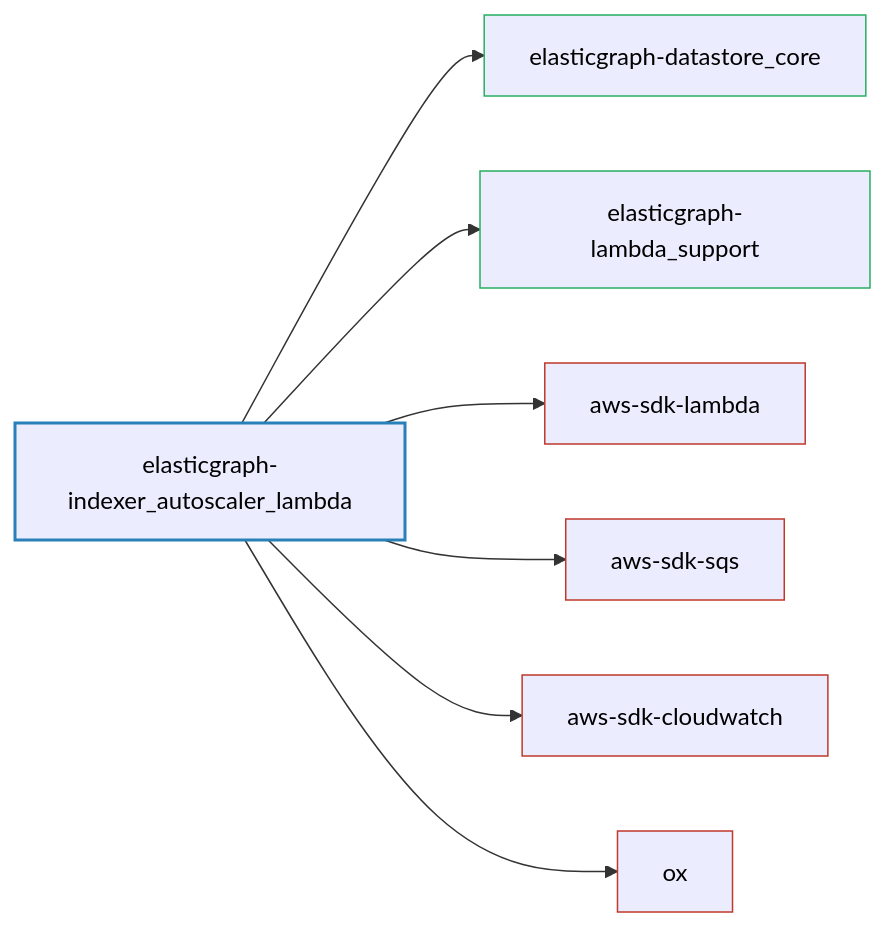
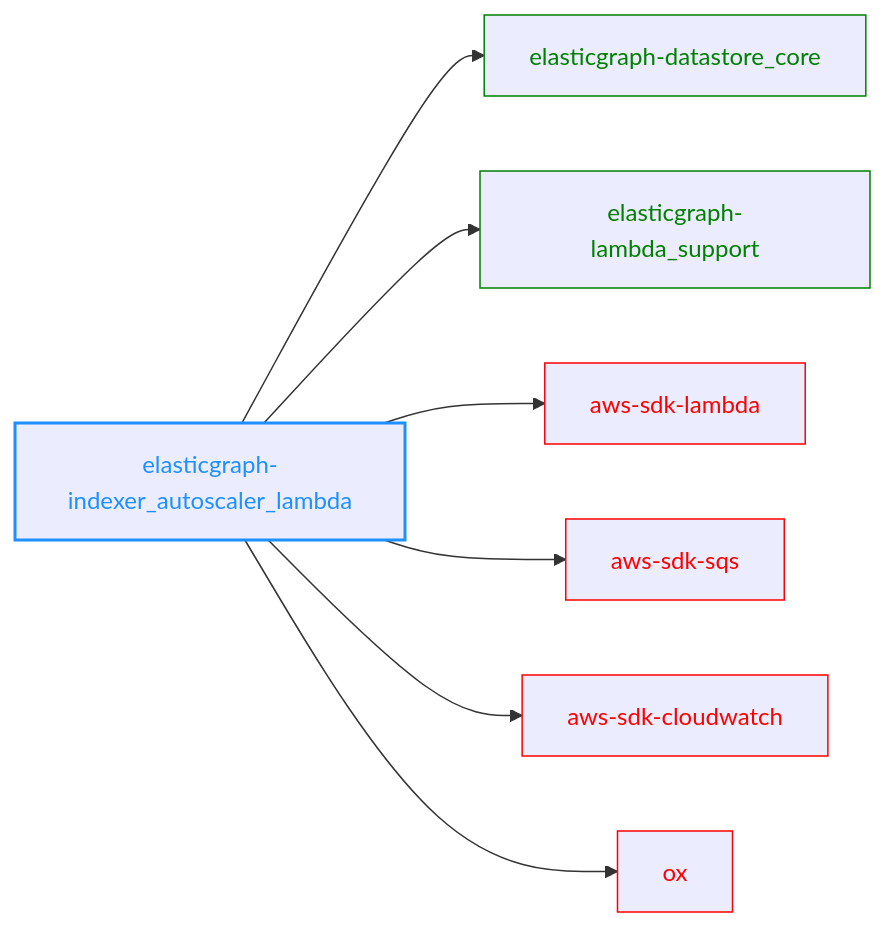
Before and after one commit to block/elasticgraph: the diagram in elasticgraph-indexer_autoscaler_lambda/README.md, drawn with Mermaid. The commit also changed 23 other files, not shown here.

````diff
--- a/elasticgraph-indexer_autoscaler_lambda/README.md
+++ b/elasticgraph-indexer_autoscaler_lambda/README.md
@@ -4,23 +4,27 @@
 ```mermaid
 graph LR;
     elasticgraph-indexer_autoscaler_lambda["elasticgraph-indexer_autoscaler_lambda"];
     elasticgraph-datastore_core["elasticgraph-datastore_core"];
     elasticgraph-indexer_autoscaler_lambda --> elasticgraph-datastore_core;
     elasticgraph-lambda_support["elasticgraph-lambda_support"];
     elasticgraph-indexer_autoscaler_lambda --> elasticgraph-lambda_support;
     aws-sdk-lambda["aws-sdk-lambda"];
     elasticgraph-indexer_autoscaler_lambda --> aws-sdk-lambda;
     aws-sdk-sqs["aws-sdk-sqs"];
     elasticgraph-indexer_autoscaler_lambda --> aws-sdk-sqs;
     aws-sdk-cloudwatch["aws-sdk-cloudwatch"];
     elasticgraph-indexer_autoscaler_lambda --> aws-sdk-cloudwatch;
     ox["ox"];
     elasticgraph-indexer_autoscaler_lambda --> ox;
-    style elasticgraph-indexer_autoscaler_lambda fill:#lightblue,stroke:#2980b9,stroke-width:2px,color:#000;
-    style elasticgraph-datastore_core fill:#lightgreen,stroke:#27ae60,stroke-width:1px,color:#000;
-    style elasticgraph-lambda_support fill:#lightgreen,stroke:#27ae60,stroke-width:1px,color:#000;
-    style aws-sdk-lambda fill:#lightcoral,stroke:#c0392b,stroke-width:1px,color:#000;
-    style aws-sdk-sqs fill:#lightcoral,stroke:#c0392b,stroke-width:1px,color:#000;
-    style aws-sdk-cloudwatch fill:#lightcoral,stroke:#c0392b,stroke-width:1px,color:#000;
-    style ox fill:#lightcoral,stroke:#c0392b,stroke-width:1px,color:#000;
+    style elasticgraph-indexer_autoscaler_lambda color:DodgerBlue,stroke-width:2px,stroke:DodgerBlue;
+    style elasticgraph-datastore_core color:Green,stroke:Green;
+    style elasticgraph-lambda_support color:Green,stroke:Green;
+    style aws-sdk-lambda color:Red,stroke:Red;
+    style aws-sdk-sqs color:Red,stroke:Red;
+    style aws-sdk-cloudwatch color:Red,stroke:Red;
+    style ox color:Red,stroke:Red;
+    click aws-sdk-lambda href "https://rubygems.org/gems/aws-sdk-lambda" "Open on RubyGems.org" _blank;
+    click aws-sdk-sqs href "https://rubygems.org/gems/aws-sdk-sqs" "Open on RubyGems.org" _blank;
+    click aws-sdk-cloudwatch href "https://rubygems.org/gems/aws-sdk-cloudwatch" "Open on RubyGems.org" _blank;
+    click ox href "https://rubygems.org/gems/ox" "Open on RubyGems.org" _blank;
 ```
````
